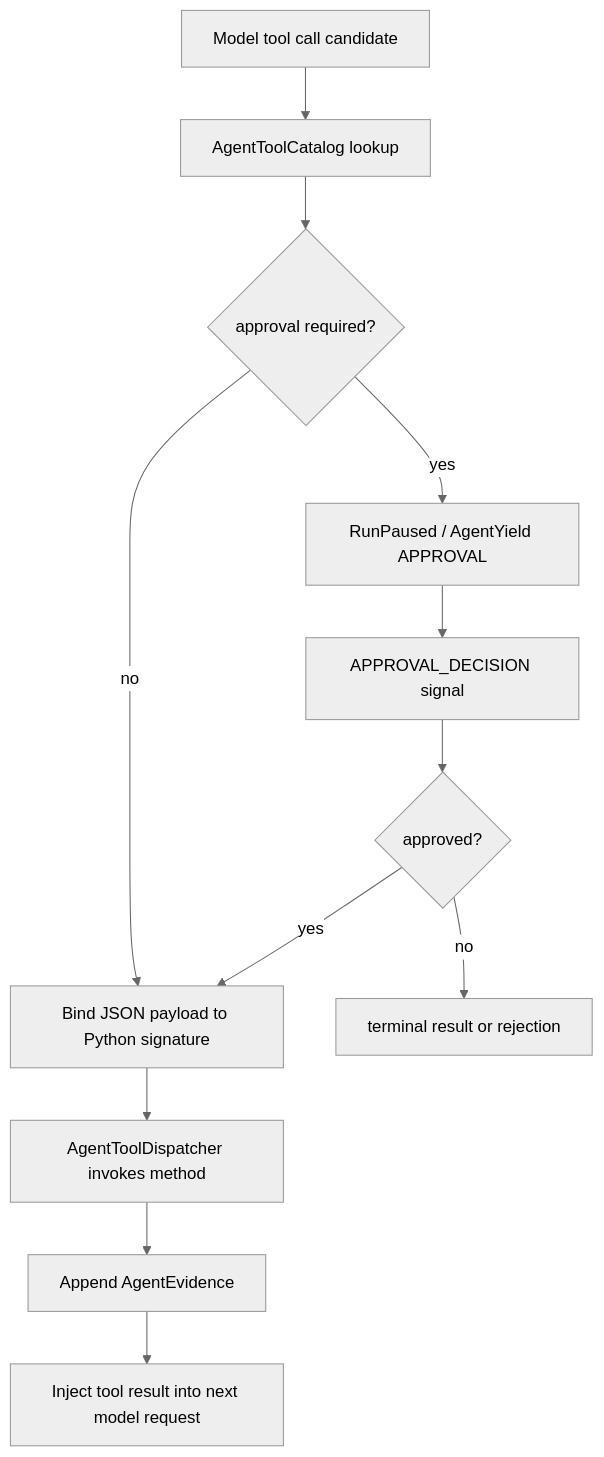
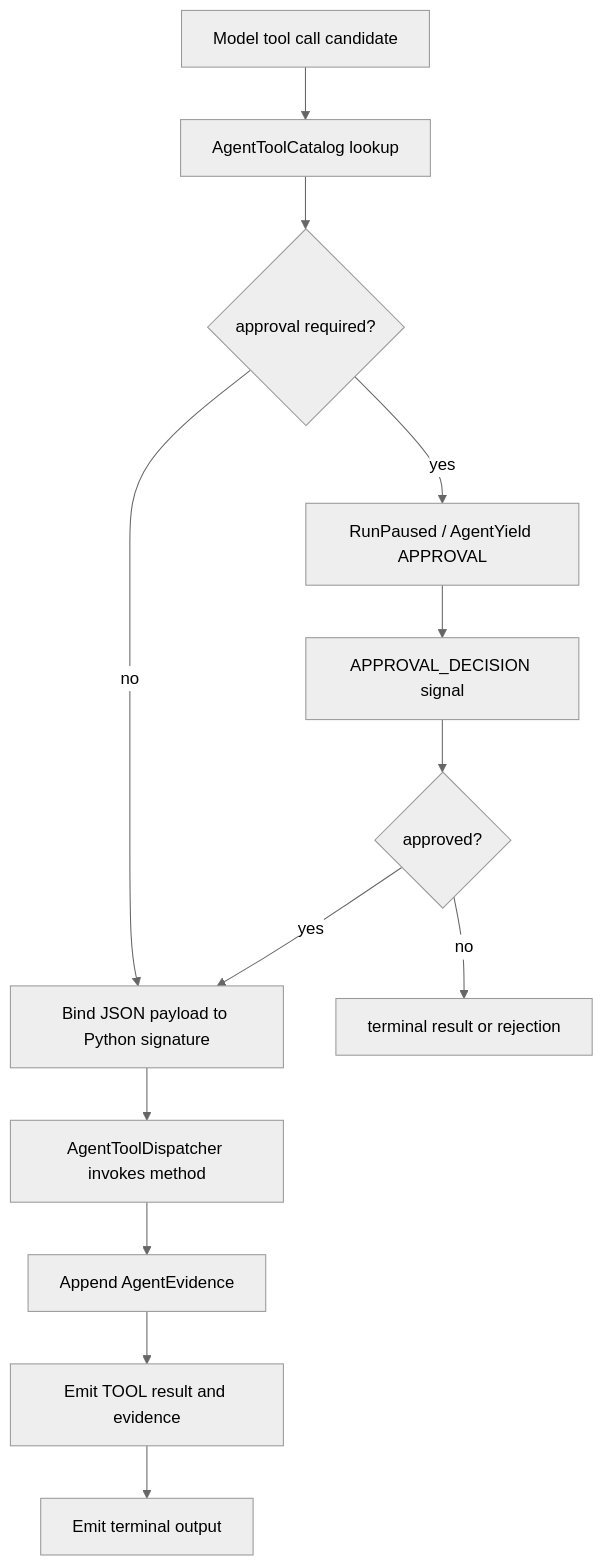
Before and after one commit to E5presso/spakky-framework: the second of 3 diagrams in docs/guides/agents-advanced.md, drawn with Mermaid (neutral theme). The commit also changed other lines of this file and 70 other files, not shown here.

````diff
--- a/docs/guides/agents-advanced.md
+++ b/docs/guides/agents-advanced.md
@@ -44,14 +51,15 @@
 ```mermaid
 flowchart TD
   Candidate[Model tool call candidate] --> Lookup[AgentToolCatalog lookup]
   Lookup --> Approval{approval required?}
   Approval -- no --> Bind[Bind JSON payload to Python signature]
   Approval -- yes --> Pause[RunPaused / AgentYield APPROVAL]
   Pause --> Decision[APPROVAL_DECISION signal]
   Decision --> Approved{approved?}
   Approved -- no --> Finish[terminal result or rejection]
   Approved -- yes --> Bind
   Bind --> Dispatch[AgentToolDispatcher invokes method]
   Dispatch --> Evidence[Append AgentEvidence]
-  Evidence --> Continue[Inject tool result into next model request]
+  Evidence --> Result[Emit TOOL result and evidence]
+  Result --> Terminal[Emit terminal output]
 ```
````
